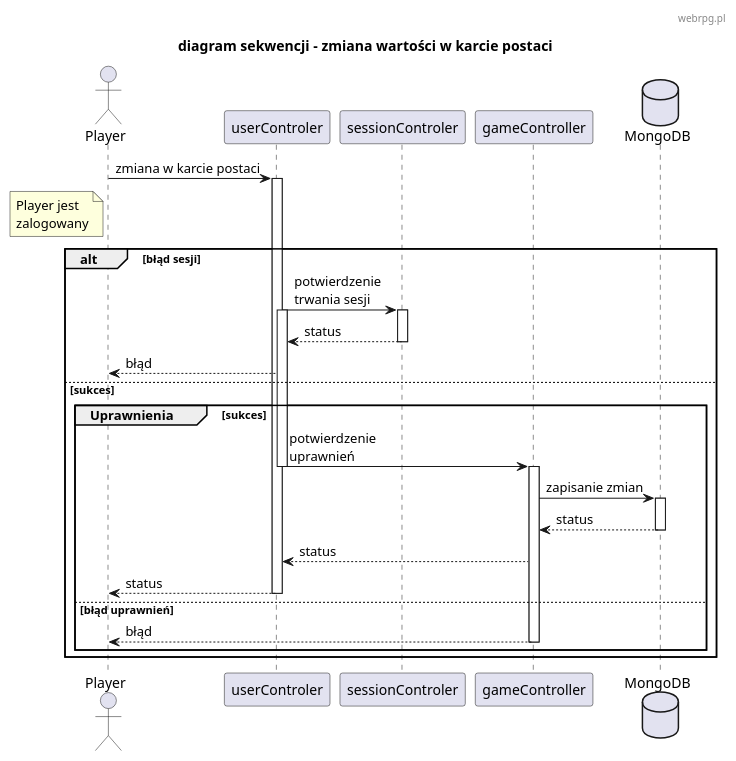
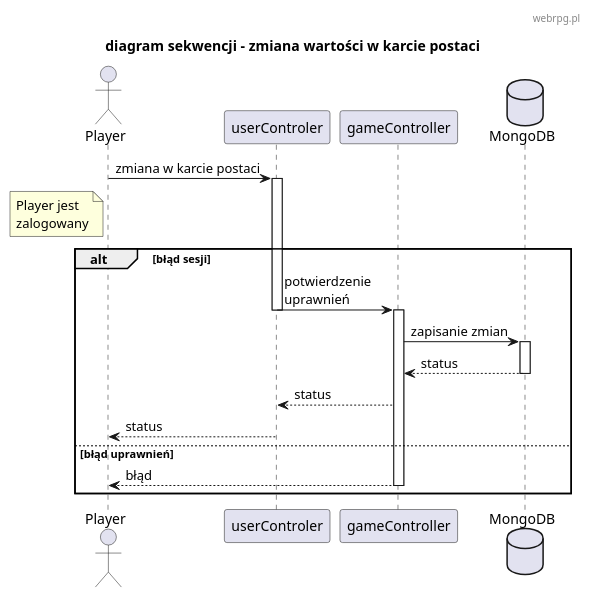
Before and after one commit to TheVivent-Politechnika-Lodzka/io_webrpg: the diagram in diagrams/diagram_sekwencji2.plantuml, drawn with PlantUML. The commit also changed 5 other files, not shown here.

Commit message:
wyeksportowane diagramy

```diff
--- a/diagrams/diagram_sekwencji2.plantuml
+++ b/diagrams/diagram_sekwencji2.plantuml
@@ -1,51 +1,38 @@
 @startuml
 skinparam defaultFontName "Comic Sans MS"
 header webrpg.pl
 title "diagram sekwencji - zmiana wartości w karcie postaci"
 
 actor Player
 participant "userControler" as UserController
-participant "sessionControler" as SessionControler
 participant "gameController" as GameController
 database MongoDB as db
 
 Player -> UserController : zmiana w karcie postaci
 activate UserController
 
 note left of Player: Player jest\nzalogowany 
 
 alt błąd sesji
 
-    UserController -> SessionControler : potwierdzenie\ntrwania sesji
-        activate UserController
-        activate SessionControler
-    SessionControler --> UserController : status
-        deactivate SessionControler
-    UserController --> Player : błąd
-
-else sukces
-
-    group Uprawnienia [sukces]
-
-        UserController -> GameController : potwierdzenie\nuprawnień
-            deactivate UserController
-            activate GameController
-        GameController -> db : zapisanie zmian
-            activate db
-        db --> GameController : status
-            deactivate db
-        GameController --> UserController : status 
-        UserController --> Player : status
-            deactivate UserController
+    UserController -> GameController : potwierdzenie\nuprawnień
+        deactivate UserController
+        activate GameController
+    GameController -> db : zapisanie zmian
+        activate db
+    db --> GameController : status
+        deactivate db
+    GameController --> UserController : status 
+    UserController --> Player : status
+        deactivate UserController
 
     else błąd uprawnień 
 
-        GameController --> Player : błąd
-            deactivate GameController
+    GameController --> Player : błąd
+        deactivate GameController
 
-end
 end
 
 
 
 @enduml
```
